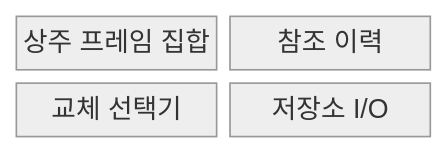
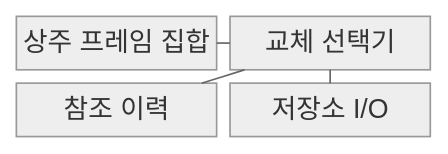
The first of 2 diagrams in src/content/docs/notes/02-hardware/018_page_replacement.md (agnusdei1207/knowledge-base), drawn with Mermaid (neutral theme) before and after one commit. The commit also changed other lines of this file and 20 other files, not shown here.

````diff
--- a/src/content/docs/notes/02-hardware/018_page_replacement.md
+++ b/src/content/docs/notes/02-hardware/018_page_replacement.md
@@ -67,8 +67,7 @@
 ```mermaid
 block
     columns 2
-    F["상주 프레임 집합"]
-    H["참조 이력"]
-    R["교체 선택기"]
-    S["저장소 I/O"]
+    F["상주 프레임 집합"] --- R["교체 선택기"]
+    H["참조 이력"] --- R
+    R --- S["저장소 I/O"]
 ```
````
